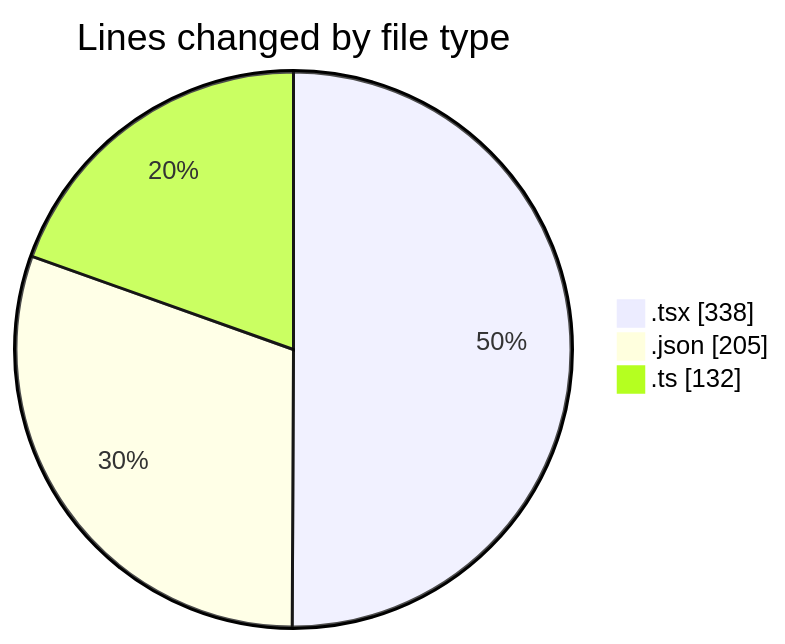
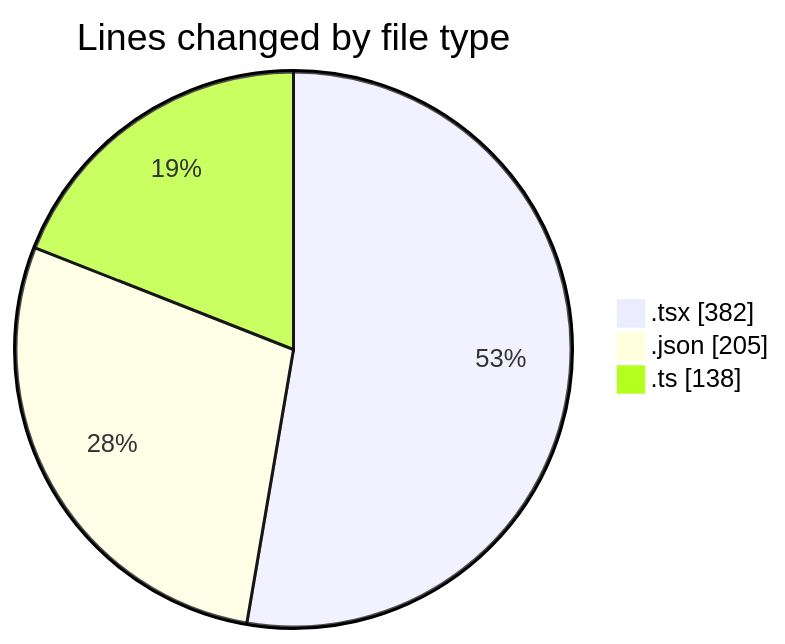
The first of 2 diagrams in 2025-04-30/niten/README.md (Elitesun/code-tracking), drawn with Mermaid before and after one commit. The commit also changed other lines of this file and 1 other file, not shown here.

````diff
--- a/2025-04-30/niten/README.md
+++ b/2025-04-30/niten/README.md
@@ -32,7 +33,7 @@
 ```mermaid
 pie showData
 title Lines changed by file type
-".tsx" : 338
+".tsx" : 382
 ".json" : 205
-".ts" : 132
+".ts" : 138
 ```
````
